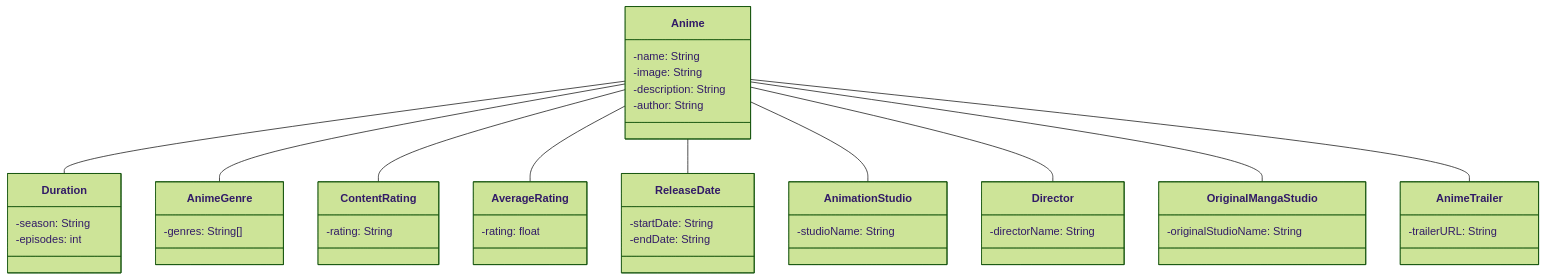
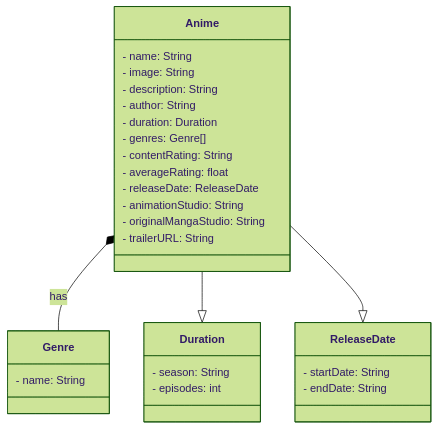
The diagram in README.md (Jailsonr12/anime), drawn with Mermaid (forest theme) before and after one commit.

````diff
--- a/README.md
+++ b/README.md
@@ -14,58 +14,35 @@
 ```mermaid
 classDiagram
-    class Anime {
-        -name: String
-        -image: String
-        -description: String
-        -author: String
-    }
-    
-    class Duration {
-        -season: String
-        -episodes: int
-    }
-    
-    class AnimeGenre {
-        -genres: String[]
-    }
-    
-    class ContentRating {
-        -rating: String
-    }
-    
-    class AverageRating {
-        -rating: float
-    }
-    
-    class ReleaseDate {
-        -startDate: String
-        -endDate: String
-    }
-    
-    class AnimationStudio {
-        -studioName: String
-    }
-    
-    class Director {
-        -directorName: String
-    }
-    
-    class OriginalMangaStudio {
-        -originalStudioName: String
-    }
-    
-    class AnimeTrailer {
-        -trailerURL: String
-    }
-    
-    Anime -- Duration
-    Anime -- AnimeGenre
-    Anime -- ContentRating
-    Anime -- AverageRating
-    Anime -- ReleaseDate
-    Anime -- AnimationStudio
-    Anime -- Director
-    Anime -- OriginalMangaStudio
-    Anime -- AnimeTrailer
+  class Anime {
+    - name: String
+    - image: String
+    - description: String
+    - author: String
+    - duration: Duration
+    - genres: Genre[]
+    - contentRating: String
+    - averageRating: float
+    - releaseDate: ReleaseDate
+    - animationStudio: String
+    - originalMangaStudio: String
+    - trailerURL: String
+  }
 
+  class Duration {
+    - season: String
+    - episodes: int
+  }
+
+  class Genre {
+    - name: String
+  }
+
+  class ReleaseDate {
+    - startDate: String
+    - endDate: String
+  }
+
+  Anime *-- Genre : has
+  Anime --|> Duration
+  Anime --|> ReleaseDate
 ```
````
